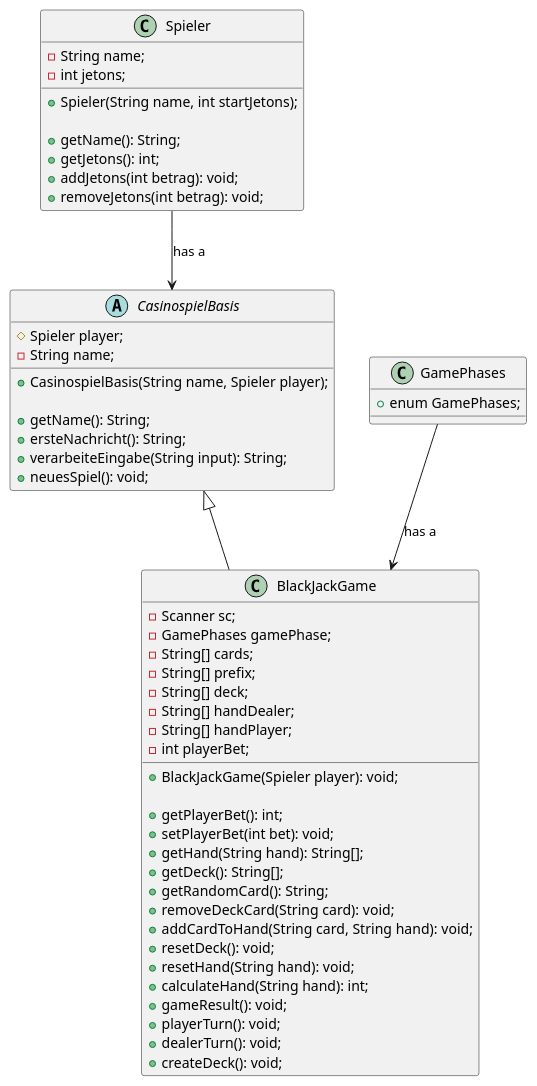
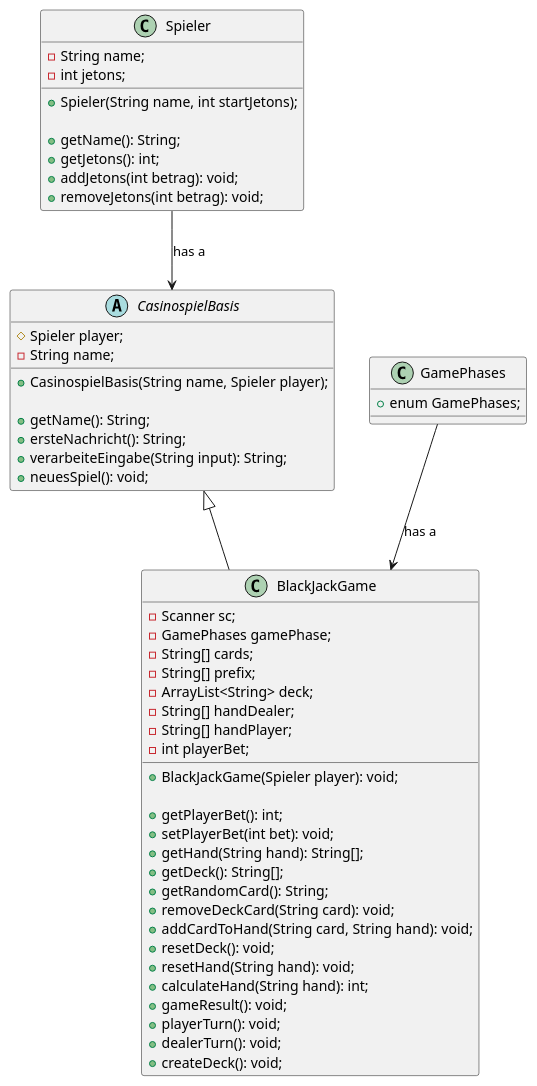
The diagram in UML-Diagramm/UML.wsd (Henrik-basecom/casino-black-jack), drawn with PlantUML before and after one commit. The commit also changed 1 other file, not shown here.

Commit message:
change uml class diagram and blackjackgame contructor

```diff
--- a/UML-Diagramm/UML.wsd
+++ b/UML-Diagramm/UML.wsd
@@ -1,61 +1,61 @@
 @startuml BlackJack
 class Spieler {
     - String name;
     - int jetons;
 
     + Spieler(String name, int startJetons);
 
     + getName(): String;
     + getJetons(): int;
     + addJetons(int betrag): void;
     + removeJetons(int betrag): void;
 }
 
 abstract class CasinospielBasis {
     # Spieler player;
     - String name;
 
     + CasinospielBasis(String name, Spieler player);
 
     + getName(): String;
     + ersteNachricht(): String;
     + verarbeiteEingabe(String input): String;
     + neuesSpiel(): void;
 }
 
 
 class BlackJackGame extends CasinospielBasis{
     - Scanner sc;
     - GamePhases gamePhase;
     - String[] cards;
     - String[] prefix;
-    - String[] deck;
+    - ArrayList<String> deck;
     - String[] handDealer;
     - String[] handPlayer; 
     - int playerBet;
 
     + BlackJackGame(Spieler player): void;
 
     + getPlayerBet(): int;
     + setPlayerBet(int bet): void;
     + getHand(String hand): String[];
     + getDeck(): String[];
     + getRandomCard(): String;
     + removeDeckCard(String card): void;
     + addCardToHand(String card, String hand): void;
     + resetDeck(): void;
     + resetHand(String hand): void;
     + calculateHand(String hand): int;
     + gameResult(): void;
     + playerTurn(): void;
     + dealerTurn(): void;
     + createDeck(): void;
 }
 
 class GamePhases {
     + enum GamePhases;
 }
 
 Spieler --> CasinospielBasis : "has a"
 GamePhases --> BlackJackGame: "has a"
 @enduml
```
